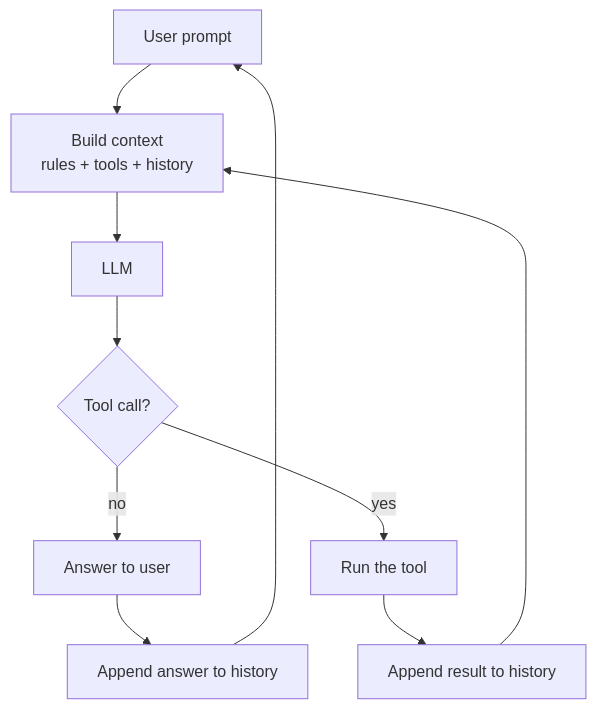
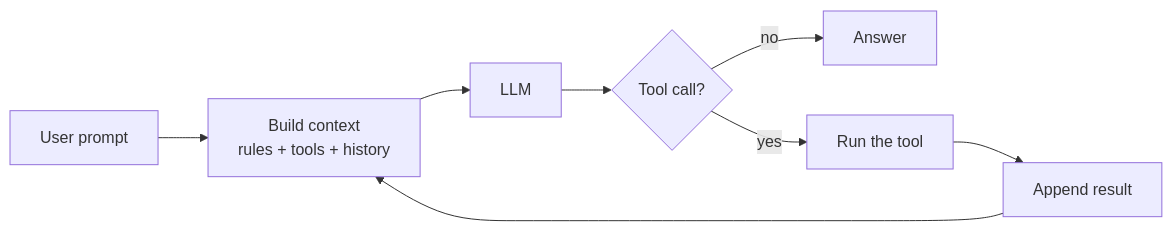
Before and after one commit to ilsasdo/its-all-about-prompting: the fifth of 7 diagrams in PRESENTATION.md, drawn with Mermaid. The commit also changed other lines of this file and 3 other files, not shown here.

Commit message:
Convert presentation to Marp slides with mermaid support

````diff
--- a/PRESENTATION.md
+++ b/PRESENTATION.md
@@ -141,12 +217,10 @@
 ```mermaid
-flowchart TD
+flowchart LR
     U[User prompt] --> B[Build context<br/>rules + tools + history]
     B --> L[LLM]
     L --> D{Tool call?}
-    D -- no --> A[Answer to user]
+    D -- no --> A[Answer]
     D -- yes --> X[Run the tool]
-    X --> H[Append result to history]
+    X --> H[Append result]
     H --> B
-    A --> H2[Append answer to history]
-    H2 --> U
 ```
````
